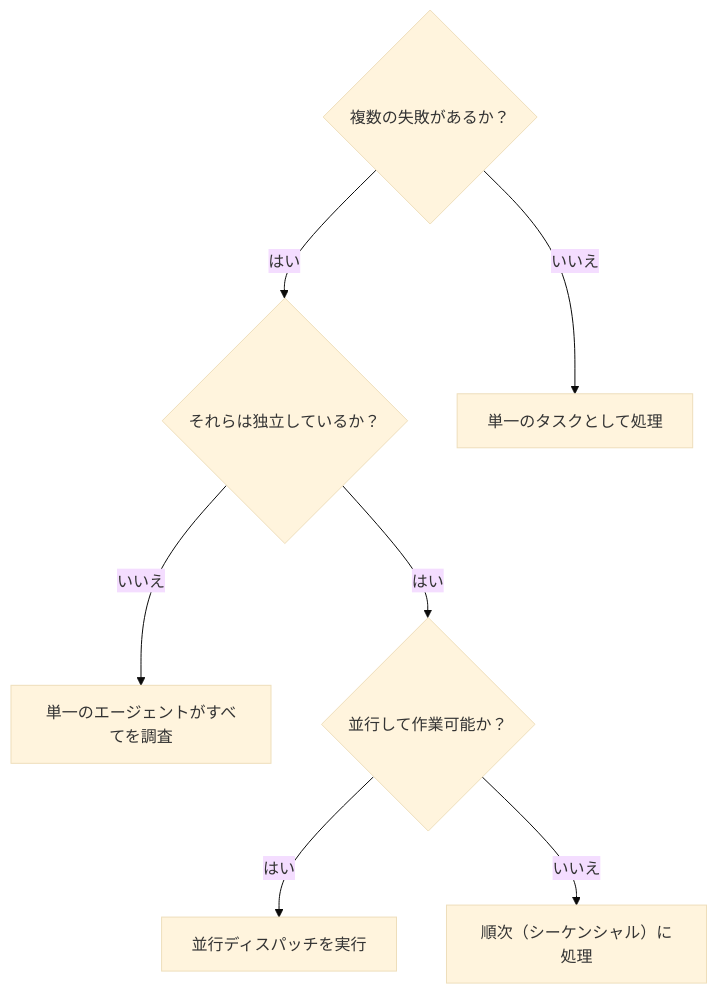
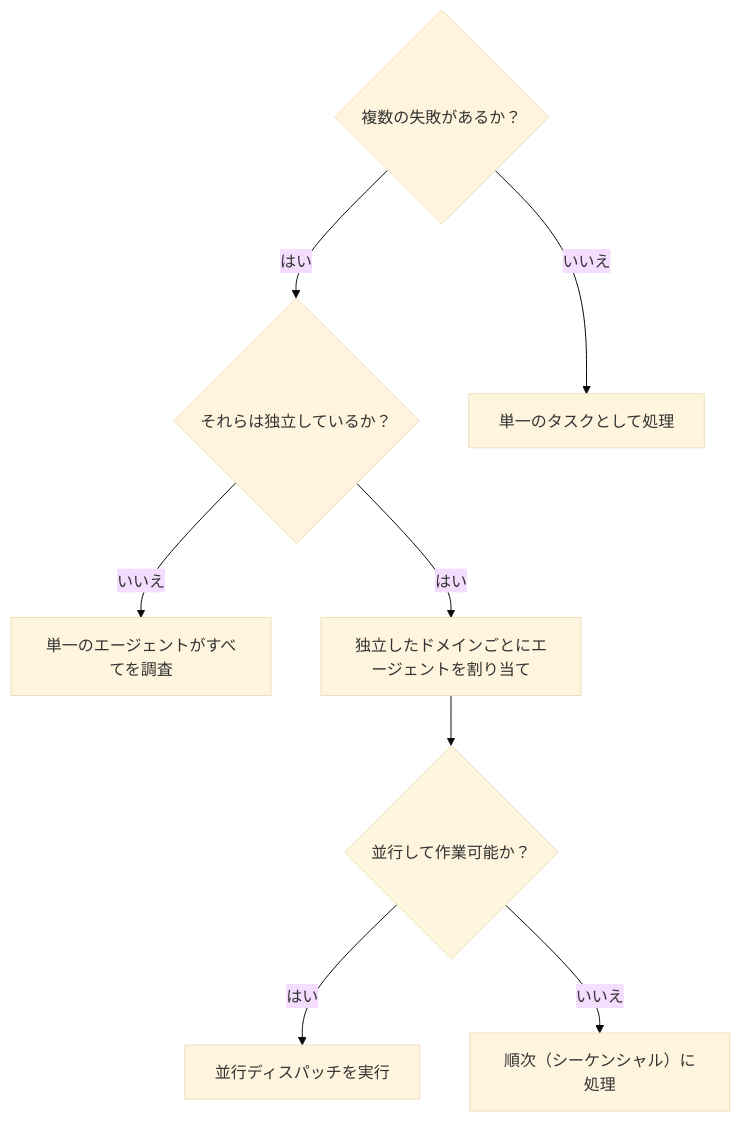
One commit to oki2a24/superpowerssuperpowers changed the diagram in skills/dispatching-parallel-agents/SKILL.md. Above: the diagram before and after it, drawn with Mermaid (base theme). The commit also changed other lines of this file and 1 other file, not shown here.

````diff
--- a/skills/dispatching-parallel-agents/SKILL.md
+++ b/skills/dispatching-parallel-agents/SKILL.md
@@ -16,9 +16,10 @@
 ```mermaid
 graph TD
     A{複数の失敗があるか？} -->|はい| B{それらは独立しているか？}
     A -->|いいえ| C[単一のタスクとして処理]
     B -->|いいえ| D[単一のエージェントがすべてを調査]
-    B -->|はい| E{並行して作業可能か？}
-    E -->|はい| F[並行ディスパッチを実行]
-    E -->|いいえ| G[順次（シーケンシャル）に処理]
+    B -->|はい| E[独立したドメインごとにエージェントを割り当て]
+    E --> F{並行して作業可能か？}
+    F -->|はい| G[並行ディスパッチを実行]
+    F -->|いいえ| H[順次（シーケンシャル）に処理]
 ```
````
